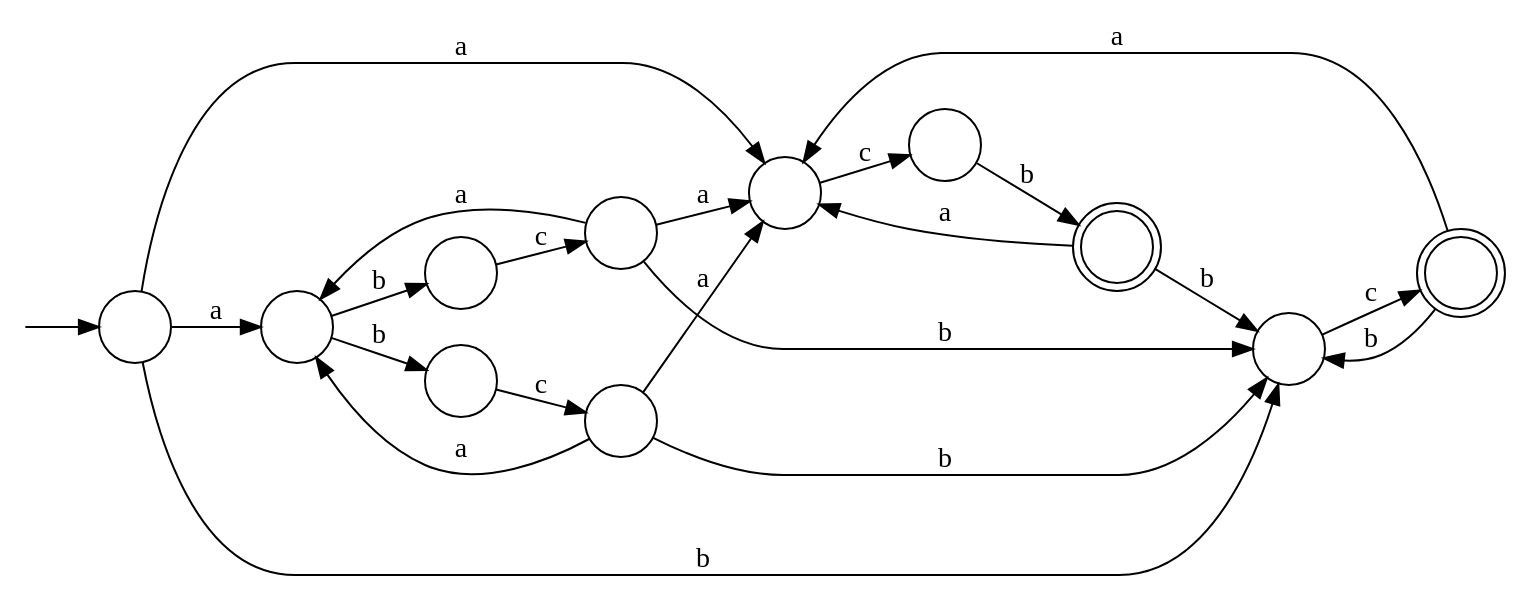
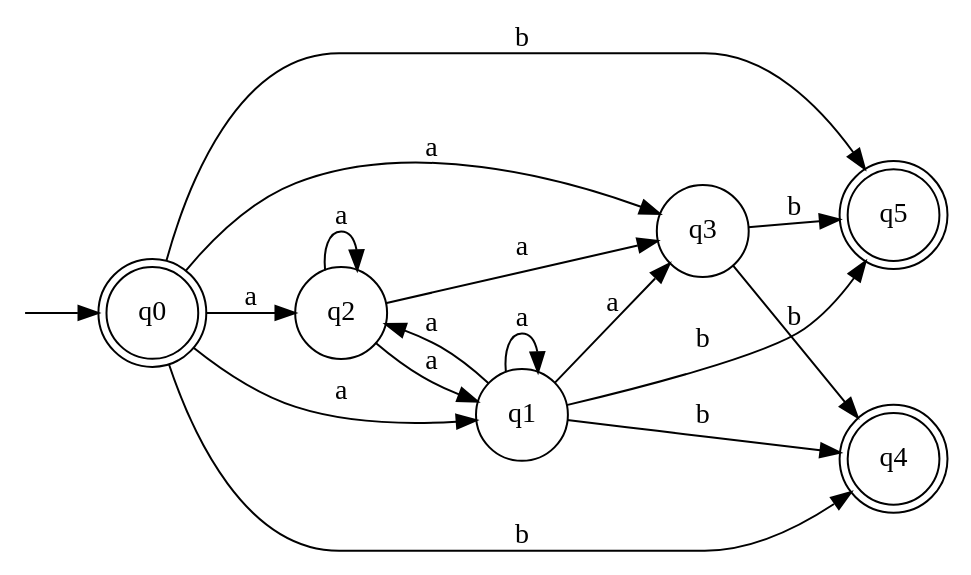
Before and after one commit to water-mizuu/finite_automata_conversion: the diagram in nfa.dot, drawn with Graphviz. The commit also changed 11 other files, not shown here.

```diff
--- a/nfa.dot
+++ b/nfa.dot
@@ -1,36 +1,26 @@
 digraph G {
   rankdir=LR;
   n__ [label="" shape=none width=.0];
-  0 [shape=circle label=""];
-  1 [shape=circle label=""];
-  2 [shape=circle label=""];
-  3 [shape=circle label=""];
-  4 [shape=circle label=""];
-  5 [shape=circle label=""];
-  6 [shape=circle label=""];
-  7 [shape=doublecircle label=""];
-  8 [shape=circle label=""];
-  9 [shape=circle label=""];
-  10 [shape=doublecircle label=""];
+  0 [shape=doublecircle label="q0"]
+  1 [shape=doublecircle label="q5"]
+  6 [shape=circle label="q2"]
+  7 [shape=circle label="q1"]
+  8 [shape=circle label="q3"]
+  9 [shape=doublecircle label="q4"]
   n__ -> 0;
-  0 -> 1 [label="a"];
+  0 -> 7 [label="a"];
+  0 -> 6 [label="a"];
   0 -> 8 [label="a"];
-  0 -> 6 [label="b"];
-  1 -> 2 [label="b"];
-  1 -> 4 [label="b"];
-  2 -> 3 [label="c"];
-  3 -> 1 [label="a"];
-  3 -> 8 [label="a"];
-  3 -> 6 [label="b"];
-  4 -> 5 [label="c"];
-  5 -> 1 [label="a"];
-  5 -> 8 [label="a"];
-  5 -> 6 [label="b"];
-  6 -> 7 [label="c"];
+  6 -> 7 [label="a"];
+  6 -> 6 [label="a"];
+  6 -> 8 [label="a"];
+  7 -> 7 [label="a"];
+  7 -> 6 [label="a"];
   7 -> 8 [label="a"];
-  7 -> 6 [label="b"];
-  8 -> 9 [label="c"];
-  9 -> 10 [label="b"];
-  10 -> 8 [label="a"];
-  10 -> 6 [label="b"];
+  0 -> 9 [label="b"];
+  0 -> 1 [label="b"];
+  7 -> 9 [label="b"];
+  7 -> 1 [label="b"];
+  8 -> 9 [label="b"];
+  8 -> 1 [label="b"];
 }
```
